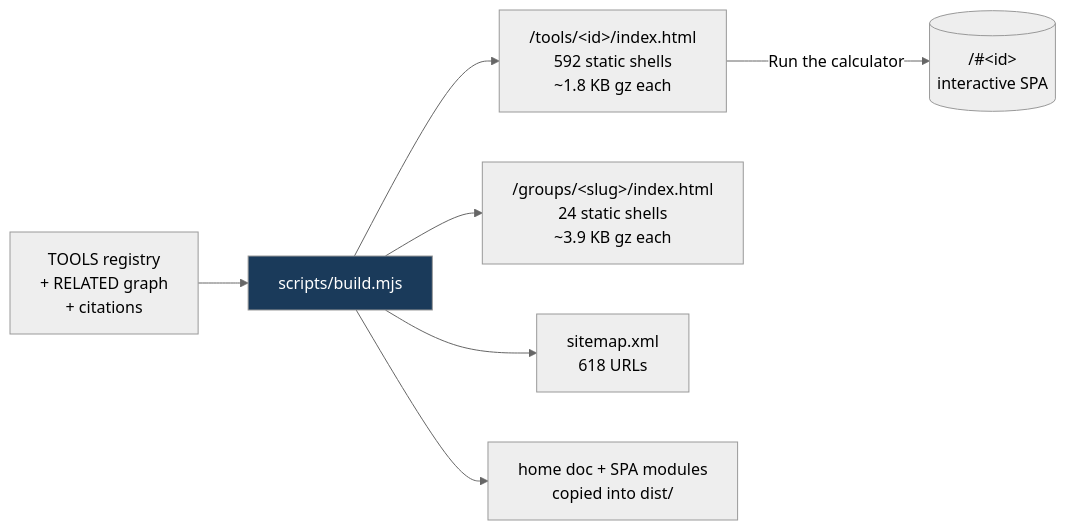
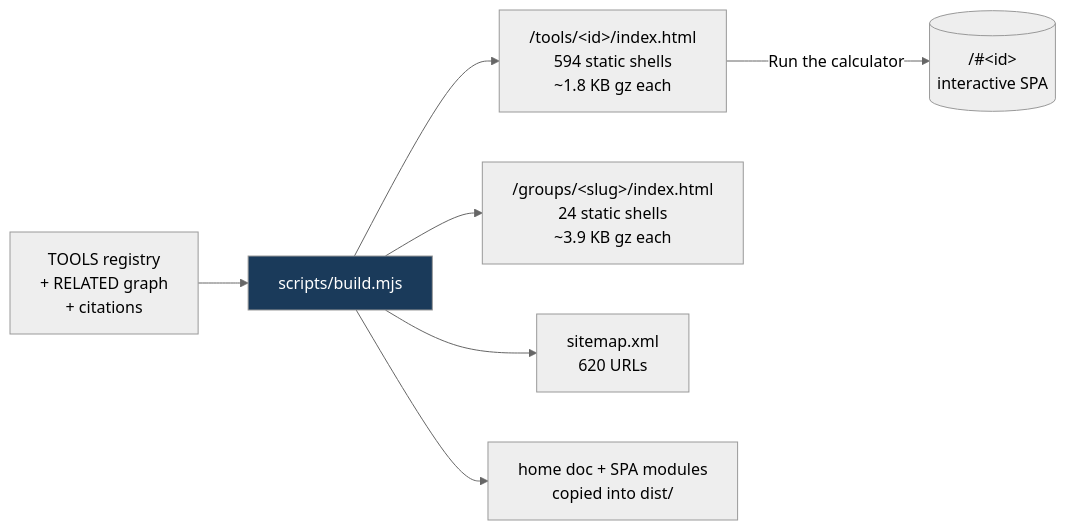
One commit to clay-good/roughlogic.com changed the fifth of 8 diagrams in README.md. Above: the diagram before and after it, drawn with Mermaid (neutral theme). The commit also changed other lines of this file and 16 other files, not shown here.

````diff
--- a/README.md
+++ b/README.md
@@ -362,10 +362,10 @@
 ```mermaid
 flowchart LR
     SRC[TOOLS registry\n+ RELATED graph\n+ citations] --> BUILD[scripts/build.mjs]
-    BUILD --> TILE["/tools/&lt;id&gt;/index.html\n592 static shells\n~1.8 KB gz each"]
+    BUILD --> TILE["/tools/&lt;id&gt;/index.html\n594 static shells\n~1.8 KB gz each"]
     BUILD --> GROUP["/groups/&lt;slug&gt;/index.html\n24 static shells\n~3.9 KB gz each"]
-    BUILD --> MAP["sitemap.xml\n618 URLs"]
+    BUILD --> MAP["sitemap.xml\n620 URLs"]
     BUILD --> COPY[home doc + SPA modules\ncopied into dist/]
     TILE -->|Run the calculator| SPA[("/#&lt;id&gt;\ninteractive SPA")]
     style BUILD fill:#1a3a5a,color:#fff
 ```
````
